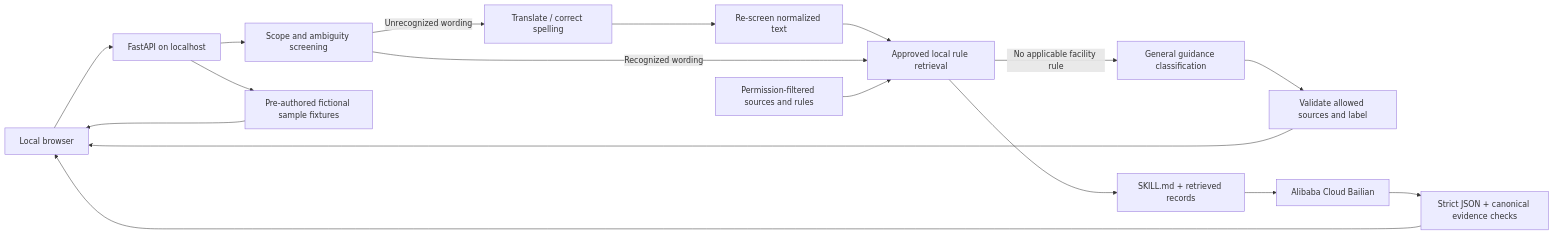
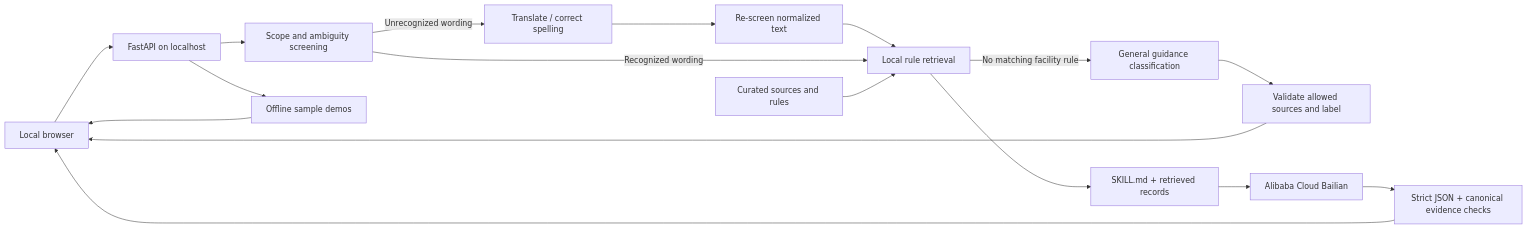
The diagram in docs/architecture.md (pzdmmsd/HKU-Recycling-Helper), drawn with Mermaid before and after one commit. The commit also changed other lines of this file and 17 other files, not shown here.

````diff
--- a/docs/architecture.md
+++ b/docs/architecture.md
@@ -3,19 +3,19 @@
 ```mermaid
 flowchart LR
     Browser[Local browser] --> API[FastAPI on localhost]
     API --> Screen[Scope and ambiguity screening]
     Screen -->|Unrecognized wording| Normalize[Translate / correct spelling]
     Normalize --> Screen2[Re-screen normalized text]
-    Screen2 --> Retrieve[Approved local rule retrieval]
+    Screen2 --> Retrieve[Local rule retrieval]
     Screen -->|Recognized wording| Retrieve
-    Retrieve -->|No applicable facility rule| General[General guidance classification]
+    Retrieve -->|No matching facility rule| General[General guidance classification]
     General --> ValidateGeneral[Validate allowed sources and label]
     ValidateGeneral --> Browser
-    Sources[Permission-filtered sources and rules] --> Retrieve
+    Sources[Curated sources and rules] --> Retrieve
     Retrieve --> Prompt[SKILL.md + retrieved records]
     Prompt --> Provider[Alibaba Cloud Bailian]
     Provider --> Validate[Strict JSON + canonical evidence checks]
     Validate --> Browser
-    API --> Samples[Pre-authored fictional sample fixtures]
+    API --> Samples[Offline sample demos]
     Samples --> Browser
 ```
````
